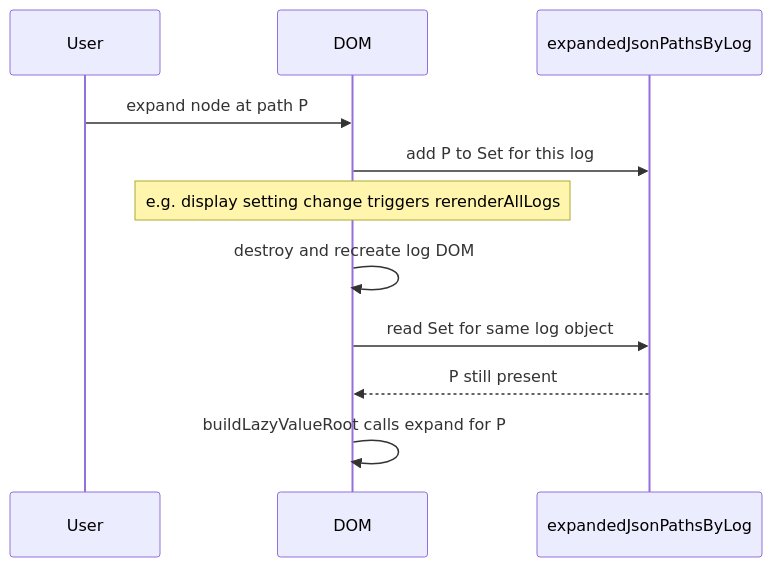
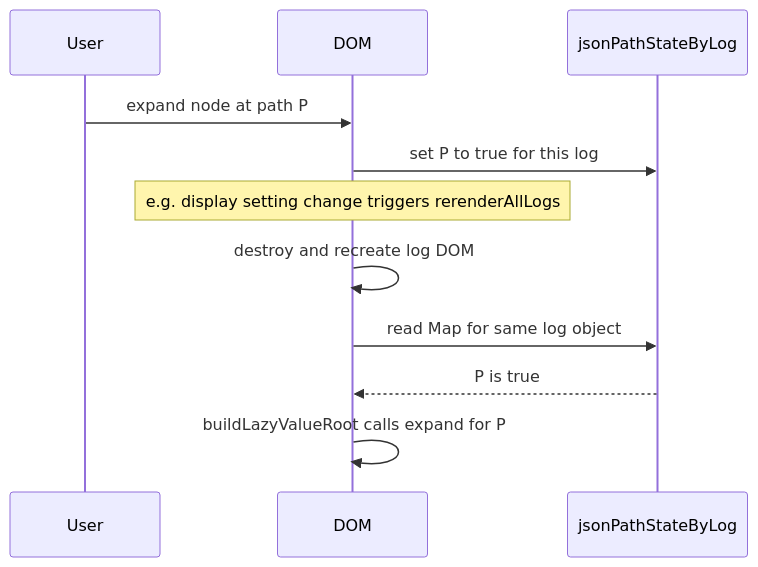
One commit to suryaadi44/slog-viewer changed the third of 4 diagrams in src/docs/lazyCollapsibleJson.md. Above: the diagram before and after it, drawn with Mermaid. The commit also changed other lines of this file and 3 other files, not shown here.

````diff
--- a/src/docs/lazyCollapsibleJson.md
+++ b/src/docs/lazyCollapsibleJson.md
@@ -79,16 +82,16 @@
 ```mermaid
 sequenceDiagram
   participant User
   participant DOM
-  participant WeakMap as expandedJsonPathsByLog
+  participant WeakMap as jsonPathStateByLog
 
   User->>DOM: expand node at path P
-  DOM->>WeakMap: add P to Set for this log
+  DOM->>WeakMap: set P to true for this log
 
   Note over DOM: e.g. display setting change triggers rerenderAllLogs
 
   DOM->>DOM: destroy and recreate log DOM
-  DOM->>WeakMap: read Set for same log object
-  WeakMap-->>DOM: P still present
+  DOM->>WeakMap: read Map for same log object
+  WeakMap-->>DOM: P is true
   DOM->>DOM: buildLazyValueRoot calls expand for P
 ```
````
